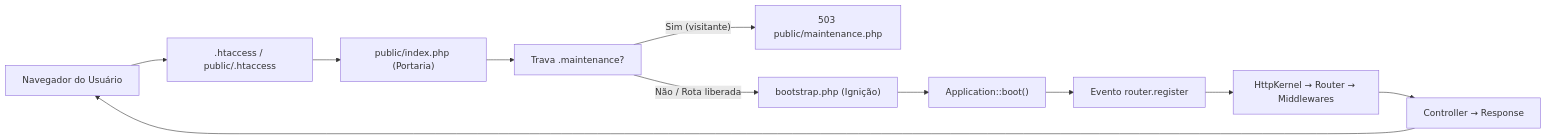
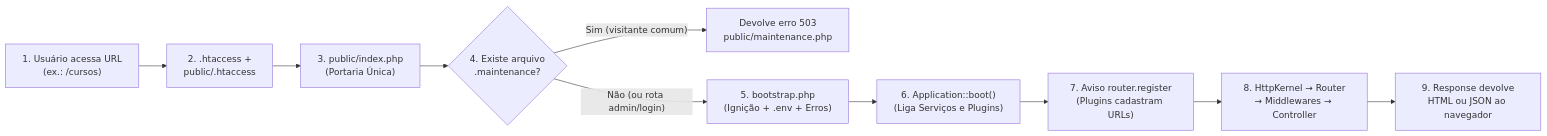
The diagram in docs/documentacao-sistema/00-introducao.md (hadelrachid/domain-system), drawn with Mermaid before and after one commit. The commit also changed other lines of this file and 3 other files, not shown here.

````diff
--- a/docs/documentacao-sistema/00-introducao.md
+++ b/docs/documentacao-sistema/00-introducao.md
@@ -68,13 +106,12 @@
 ```mermaid
 flowchart LR
-    A["Navegador do Usuário"] --> B[".htaccess / public/.htaccess"]
-    B --> C["public/index.php (Portaria)"]
-    C --> D["Trava .maintenance?"]
-    D -- "Sim (visitante)" --> M["503 public/maintenance.php"]
-    D -- "Não / Rota liberada" --> E["bootstrap.php (Ignição)"]
-    E --> F["Application::boot()"]
-    F --> G["Evento router.register"]
-    G --> H["HttpKernel → Router → Middlewares"]
-    H --> I["Controller → Response"]
-    I --> A
+    U["1. Usuário acessa URL<br/>(ex.: /cursos)"] --> H["2. .htaccess +<br/>public/.htaccess"]
+    H --> IDX["3. public/index.php<br/>(Portaria Única)"]
+    IDX --> M{"4. Existe arquivo<br/>.maintenance?"}
+    M -- "Sim (visitante comum)" --> M503["Devolve erro 503<br/>public/maintenance.php"]
+    M -- "Não (ou rota admin/login)" --> BOOT["5. bootstrap.php<br/>(Ignição + .env + Erros)"]
+    BOOT --> APP["6. Application::boot()<br/>(Liga Serviços e Plugins)"]
+    APP --> REG["7. Aviso router.register<br/>(Plugins cadastram URLs)"]
+    REG --> HK["8. HttpKernel → Router<br/>→ Middlewares → Controller"]
+    HK --> RES["9. Response devolve<br/>HTML ou JSON ao navegador"]
 ```
````
